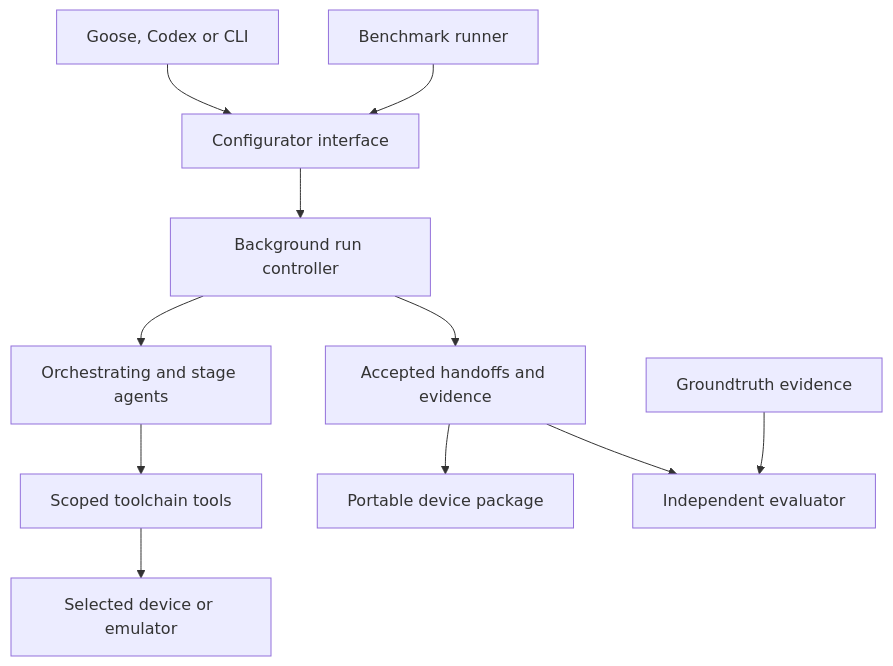
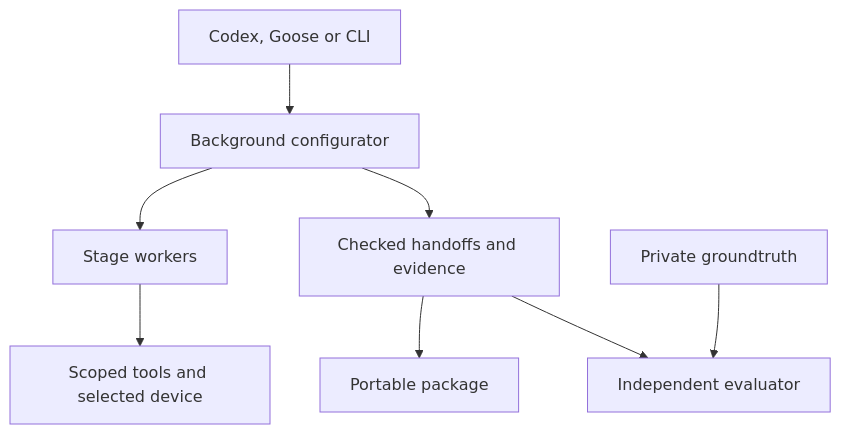
The first of 2 diagrams in docs/design.md (cam-berger/generative-driver), drawn with Mermaid before and after one commit. The commit also changed other lines of this file and 45 other files, not shown here.

````diff
--- a/docs/design.md
+++ b/docs/design.md
@@ -15,13 +13,10 @@
 ```mermaid
 flowchart TD
-    U[Goose, Codex or CLI] --> M[Configurator interface]
-    M --> C[Background run controller]
-    C --> A[Orchestrating and stage agents]
-    A --> T[Scoped toolchain tools]
-    T --> D[Selected device or emulator]
-    C --> E[Accepted handoffs and evidence]
-    E --> P[Portable device package]
-    B[Benchmark runner] --> M
+    U[Codex, Goose or CLI] --> C[Background configurator]
+    C --> A[Stage workers]
+    A --> T[Scoped tools and selected device]
+    C --> E[Checked handoffs and evidence]
+    E --> P[Portable package]
     E --> V[Independent evaluator]
-    G[Groundtruth evidence] --> V
+    G[Private groundtruth] --> V
 ```
````
